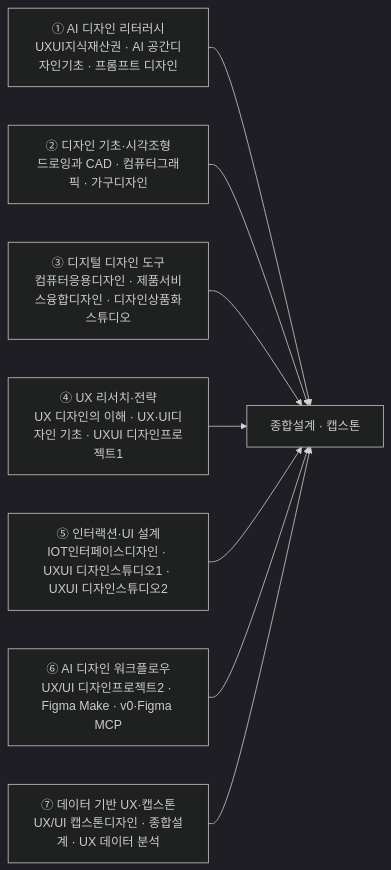
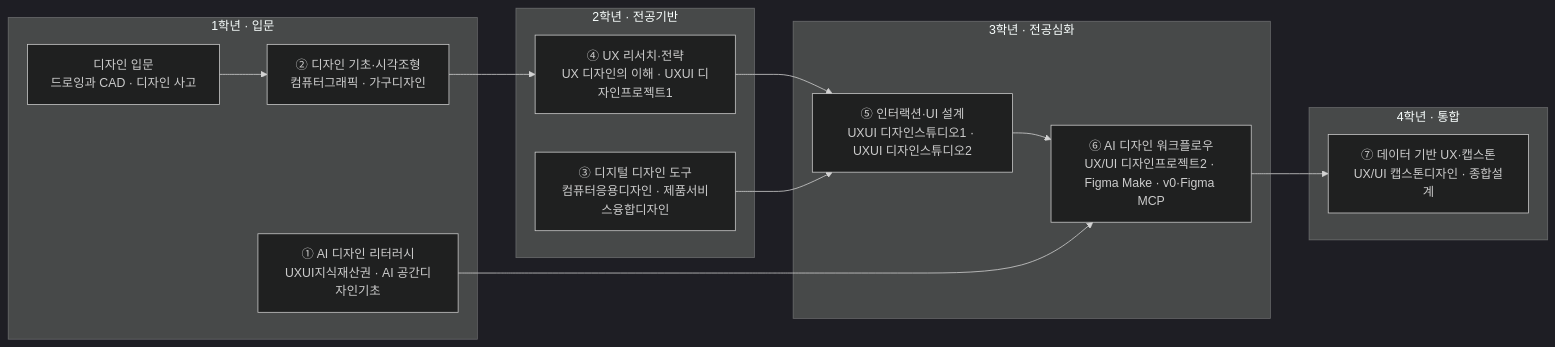
The diagram in docs/design/uxui-design.md (parclab-hsu/ai-curriculum-2026), drawn with Mermaid (dark theme) before and after one commit. The commit also changed other lines of this file and 22 other files, not shown here.

First line of the commit message:
모듈 다이어그램 강화 — 1~4학년 로드맵 + 모듈-역량 매핑 (23개 트랙)

````diff
--- a/docs/design/uxui-design.md
+++ b/docs/design/uxui-design.md
@@ -110,11 +110,22 @@
 ```mermaid
 flowchart LR
-  M1["① AI 디자인 리터러시<br/>UXUI지식재산권 · AI 공간디자인기초 · 프롬프트 디자인"] --> CAP
-  M2["② 디자인 기초·시각조형<br/>드로잉과 CAD · 컴퓨터그래픽 · 가구디자인"] --> CAP
-  M3["③ 디지털 디자인 도구<br/>컴퓨터응용디자인 · 제품서비스융합디자인 · 디자인상품화스튜디오"] --> CAP
-  M4["④ UX 리서치·전략<br/>UX 디자인의 이해 · UX·UI디자인 기초 · UXUI 디자인프로젝트1"] --> CAP
-  M5["⑤ 인터랙션·UI 설계<br/>IOT인터페이스디자인 · UXUI 디자인스튜디오1 · UXUI 디자인스튜디오2"] --> CAP
-  M6["⑥ AI 디자인 워크플로우<br/>UX/UI 디자인프로젝트2 · Figma Make · v0·Figma MCP"] --> CAP
-  M7["⑦ 데이터 기반 UX·캡스톤<br/>UX/UI 캡스톤디자인 · 종합설계 · UX 데이터 분석"] --> CAP
-  CAP["종합설계 · 캡스톤"]
+  subgraph Y1["1학년 · 입문"]
+    A0["디자인 입문<br/>드로잉과 CAD · 디자인 사고"]
+    M1["① AI 디자인 리터러시<br/>UXUI지식재산권 · AI 공간디자인기초"]
+    M2["② 디자인 기초·시각조형<br/>컴퓨터그래픽 · 가구디자인"]
+  end
+  subgraph Y2["2학년 · 전공기반"]
+    M3["③ 디지털 디자인 도구<br/>컴퓨터응용디자인 · 제품서비스융합디자인"]
+    M4["④ UX 리서치·전략<br/>UX 디자인의 이해 · UXUI 디자인프로젝트1"]
+  end
+  subgraph Y3["3학년 · 전공심화"]
+    M5["⑤ 인터랙션·UI 설계<br/>UXUI 디자인스튜디오1 · UXUI 디자인스튜디오2"]
+    M6["⑥ AI 디자인 워크플로우<br/>UX/UI 디자인프로젝트2 · Figma Make · v0·Figma MCP"]
+  end
+  subgraph Y4["4학년 · 통합"]
+    CAP["⑦ 데이터 기반 UX·캡스톤<br/>UX/UI 캡스톤디자인 · 종합설계"]
+  end
+  A0 --> M2 --> M4 --> M5 --> M6 --> CAP
+  M1 --> M6
+  M3 --> M5
 ```
````
